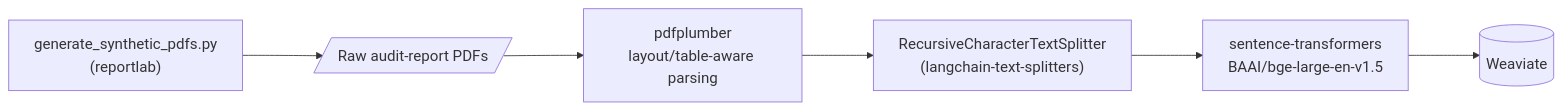
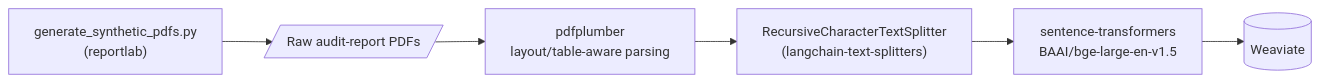
The third of 3 diagrams in README.md (meghanaraobn/langgraph-multi-agent-supply-risk), drawn with Mermaid before and after one commit. The commit also changed other lines of this file, not shown here.

````diff
--- a/README.md
+++ b/README.md
@@ -67,9 +83,9 @@
 ```mermaid
-%%{init: {'themeVariables': {'fontSize': '18px'}, 'flowchart': {'nodeSpacing': 55, 'rankSpacing': 85}}}%%
+%%{init: {'themeVariables': {'fontSize': '16px'}}}%%
 flowchart LR
     GEN["generate_synthetic_pdfs.py<br/>(reportlab)"] --> PDF[/Raw audit-report PDFs/]
     PDF --> PARSE["pdfplumber<br/>layout/table-aware parsing"]
     PARSE --> CHUNK["RecursiveCharacterTextSplitter<br/>(langchain-text-splitters)"]
     CHUNK --> EMBED["sentence-transformers<br/>BAAI/bge-large-en-v1.5"]
     EMBED --> WV[("Weaviate")]
 ```
````
